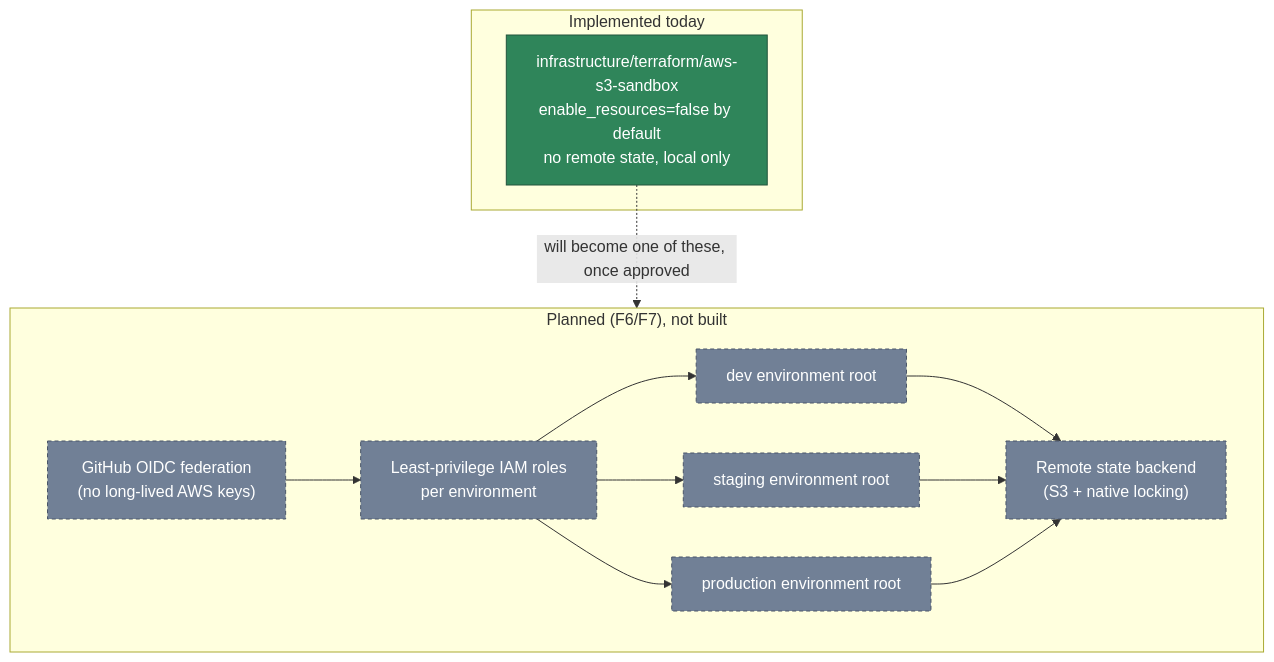
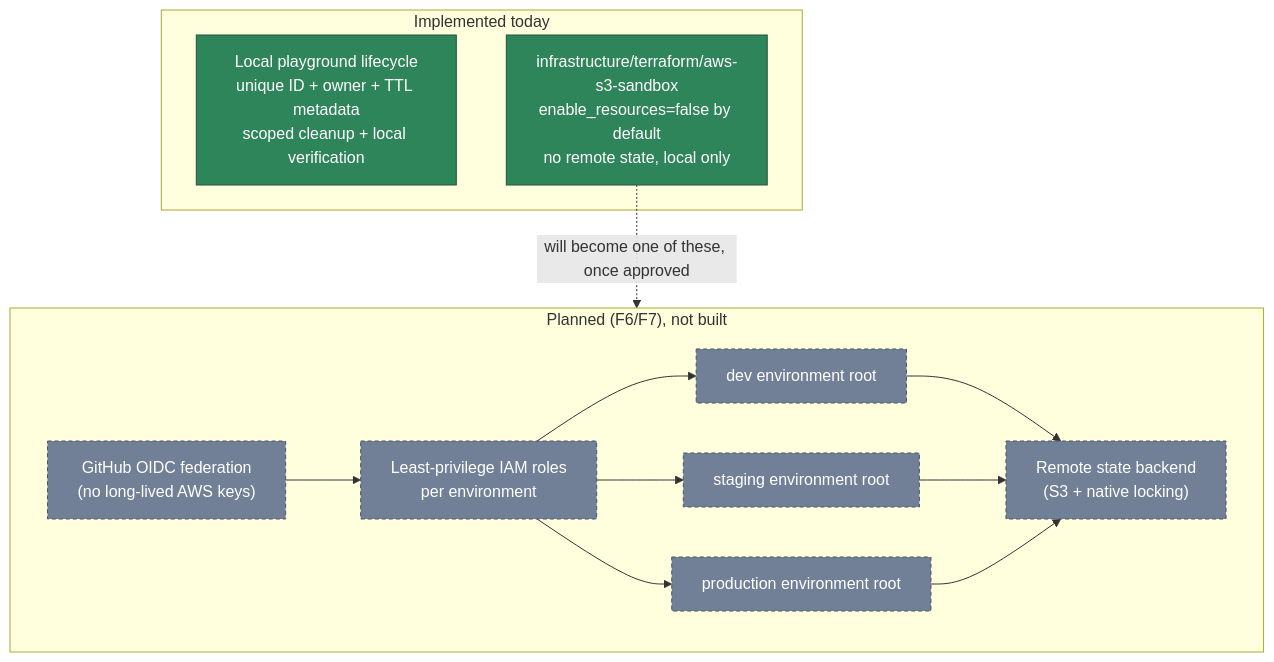
The diagram in docs/architecture/INFRASTRUCTURE-OWNERSHIP.md (mangopep/forgestack), drawn with Mermaid before and after one commit. The commit also changed other lines of this file and 20 other files, not shown here.

First line of the commit message:
feat(f6): module contracts, playground lifecycle, and Terraform foundation

````diff
--- a/docs/architecture/INFRASTRUCTURE-OWNERSHIP.md
+++ b/docs/architecture/INFRASTRUCTURE-OWNERSHIP.md
@@ -13,31 +14,32 @@
 ```mermaid
 flowchart TB
     subgraph today["Implemented today"]
+        local["Local playground lifecycle<br/>unique ID + owner + TTL metadata<br/>scoped cleanup + local verification"]
         sandbox["infrastructure/terraform/aws-s3-sandbox<br/>enable_resources=false by default<br/>no remote state, local only"]
     end
 
     subgraph planned["Planned (F6/F7), not built"]
         direction LR
         dev_env["dev environment root"]
         staging_env["staging environment root"]
         prod_env["production environment root"]
         state["Remote state backend<br/>(S3 + native locking)"]
         oidc["GitHub OIDC federation<br/>(no long-lived AWS keys)"]
         iam["Least-privilege IAM roles<br/>per environment"]
 
         dev_env --> state
         staging_env --> state
         prod_env --> state
         oidc --> iam
         iam --> dev_env
         iam --> staging_env
         iam --> prod_env
     end
 
     sandbox -.->|will become one of these, once approved| dev_env
 
     classDef done fill:#2f855a,color:#fff,stroke:#22543d
     classDef todo fill:#718096,color:#fff,stroke:#4a5568,stroke-dasharray: 4 3
-    class sandbox done
+    class local,sandbox done
     class dev_env,staging_env,prod_env,state,oidc,iam todo
 ```
````
